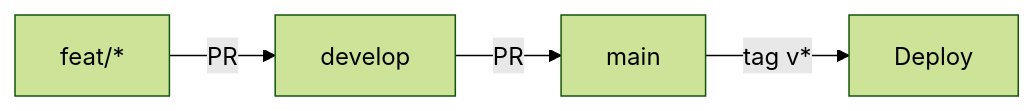
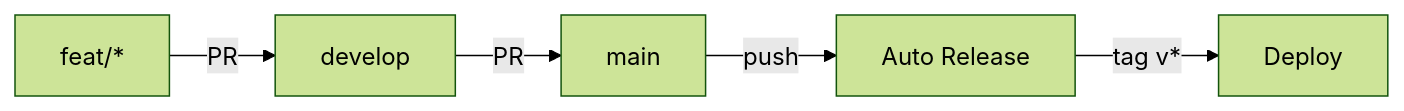
One commit to ricardogr07/shelter-pulse changed the first of 5 diagrams in .github/workflows.md. Above: the diagram before and after it, drawn with Mermaid (forest theme). The commit also changed other lines of this file, not shown here.

````diff
--- a/.github/workflows.md
+++ b/.github/workflows.md
@@ -7,6 +5,7 @@
 ```mermaid
 graph LR
     F[feat/*] -->|PR| D[develop]
     D -->|PR| M[main]
-    M -->|tag v*| T[Deploy]
+    M -->|push| A[Auto Release]
+    A -->|tag v*| Dep[Deploy]
 ```
````
